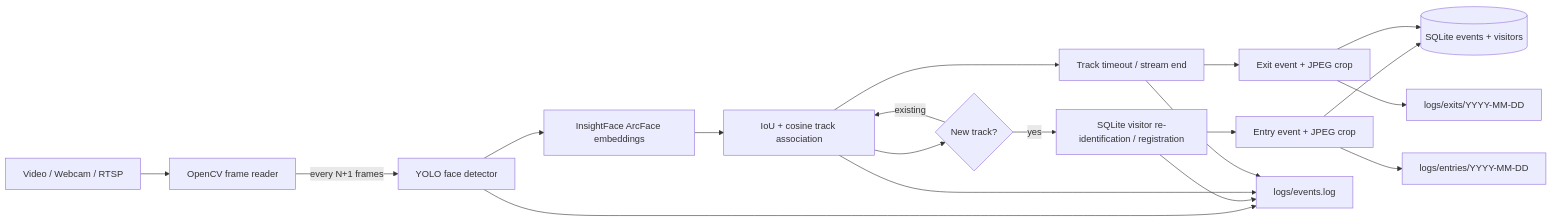
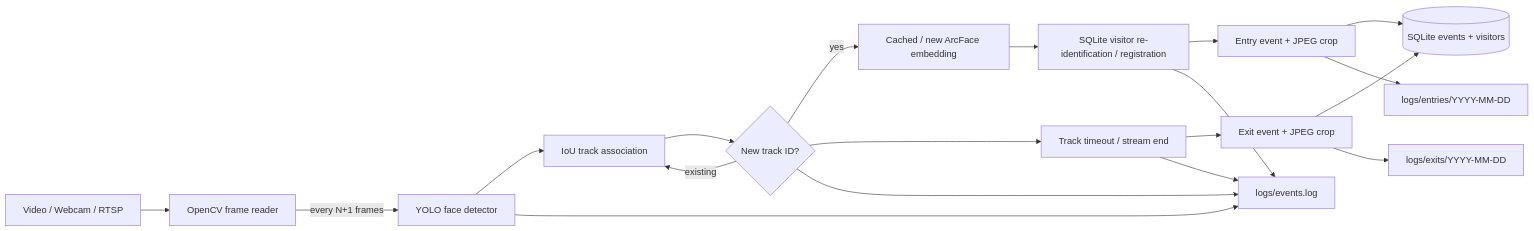
The diagram in README.md (Vaishnavi11-01/AI-interview-system), drawn with Mermaid before and after one commit. The commit also changed other lines of this file and 19 other files, not shown here.

````diff
--- a/README.md
+++ b/README.md
@@ -54,21 +55,21 @@
 ```mermaid
 flowchart LR
     A[Video / Webcam / RTSP] --> B[OpenCV frame reader]
     B -->|every N+1 frames| C[YOLO face detector]
-    C --> D[InsightFace ArcFace embeddings]
-    D --> E[IoU + cosine track association]
-    E --> F{New track?}
-    F -->|yes| G[SQLite visitor re-identification / registration]
-    F -->|existing| E
+    C --> D[IoU track association]
+    D --> E{New track ID?}
+    E -->|yes| F[Cached / new ArcFace embedding]
+    F --> G[SQLite visitor re-identification / registration]
+    E -->|existing| D
     G --> H[Entry event + JPEG crop]
     E --> I[Track timeout / stream end]
     I --> J[Exit event + JPEG crop]
     H --> K[(SQLite events + visitors)]
     J --> K
     H --> L[logs/entries/YYYY-MM-DD]
     J --> M[logs/exits/YYYY-MM-DD]
     C --> N[logs/events.log]
     G --> N
     E --> N
     I --> N
 ```
````
